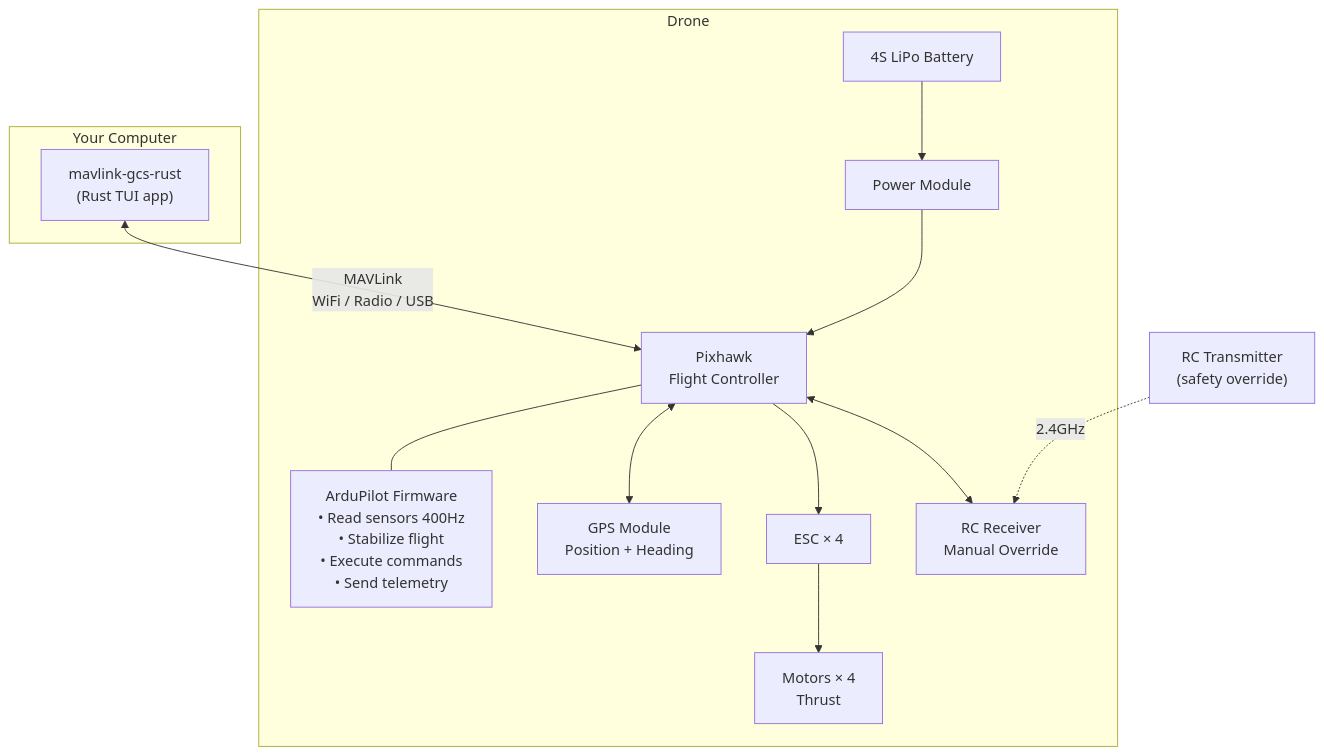
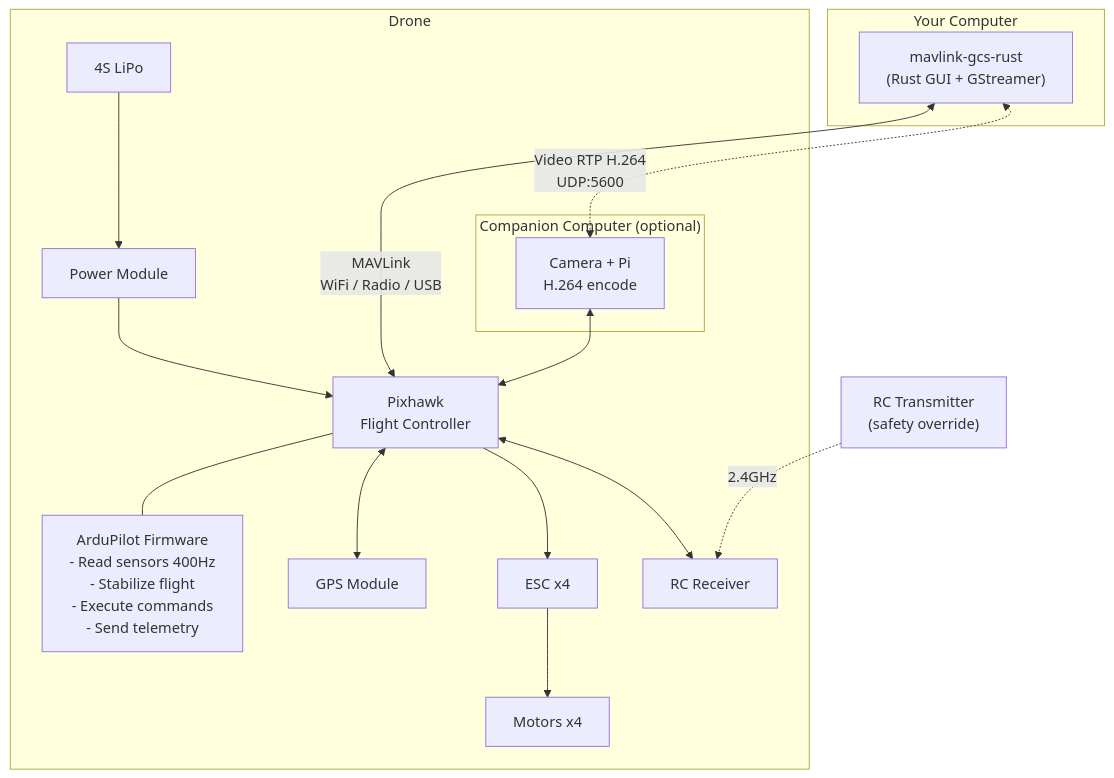
Before and after one commit to porameht/mavlink-gcs-rust: the third of 4 diagrams in README.md, drawn with Mermaid. The commit also changed other lines of this file and 9 other files, not shown here.

Commit message:
feat(gui): migrate tui to egui with video support

````diff
--- a/README.md
+++ b/README.md
@@ -160,23 +180,27 @@
 ```mermaid
 graph TB
     subgraph Computer["Your Computer"]
-        GCS["mavlink-gcs-rust<br/>(Rust TUI app)"]
+        GCS["mavlink-gcs-rust<br/>(Rust GUI + GStreamer)"]
     end
 
     GCS <-->|"MAVLink<br/>WiFi / Radio / USB"| FC
+    GCS <-.->|"Video RTP H.264<br/>UDP:5600"| CAM
 
     subgraph Drone
         FC["Pixhawk<br/>Flight Controller"]
-        FW["ArduPilot Firmware<br/>• Read sensors 400Hz<br/>• Stabilize flight<br/>• Execute commands<br/>• Send telemetry"]
+        FW["ArduPilot Firmware<br/>- Read sensors 400Hz<br/>- Stabilize flight<br/>- Execute commands<br/>- Send telemetry"]
         FC --- FW
 
-        FC <--> GPS["GPS Module<br/>Position + Heading"]
-        FC --> ESC1["ESC × 4"]
-        ESC1 --> Motors["Motors × 4<br/>Thrust"]
-        FC <--> RC["RC Receiver<br/>Manual Override"]
-        Battery["4S LiPo Battery"] --> PM["Power Module"]
-        PM --> FC
+        FC <--> GPS["GPS Module"]
+        FC --> ESC["ESC x4"] --> Motors["Motors x4"]
+        FC <--> RC["RC Receiver"]
+        Battery["4S LiPo"] --> PM["Power Module"] --> FC
+
+        subgraph Companion["Companion Computer (optional)"]
+            CAM["Camera + Pi<br/>H.264 encode"]
+        end
+        CAM <--> FC
     end
 
-    Transmitter["RC Transmitter<br/>(safety override)"] -.->|2.4GHz| RC
+    TX["RC Transmitter<br/>(safety override)"] -.->|2.4GHz| RC
 ```
````
